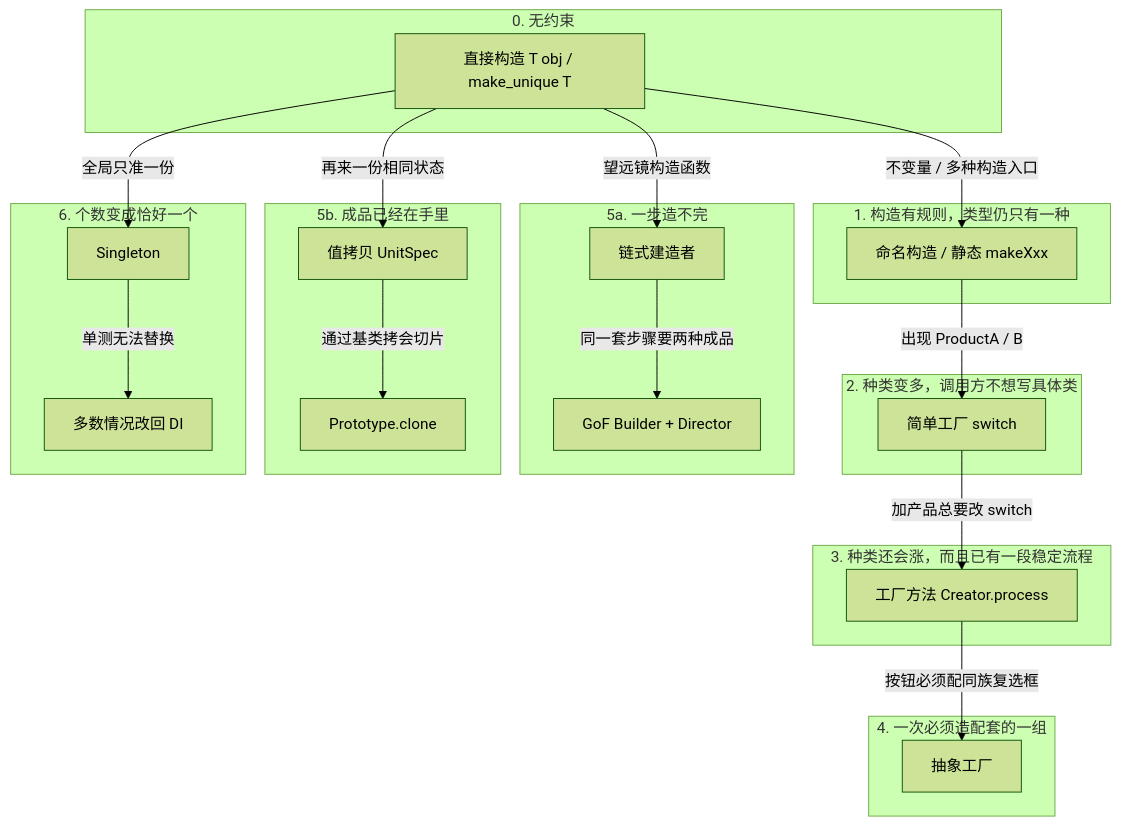
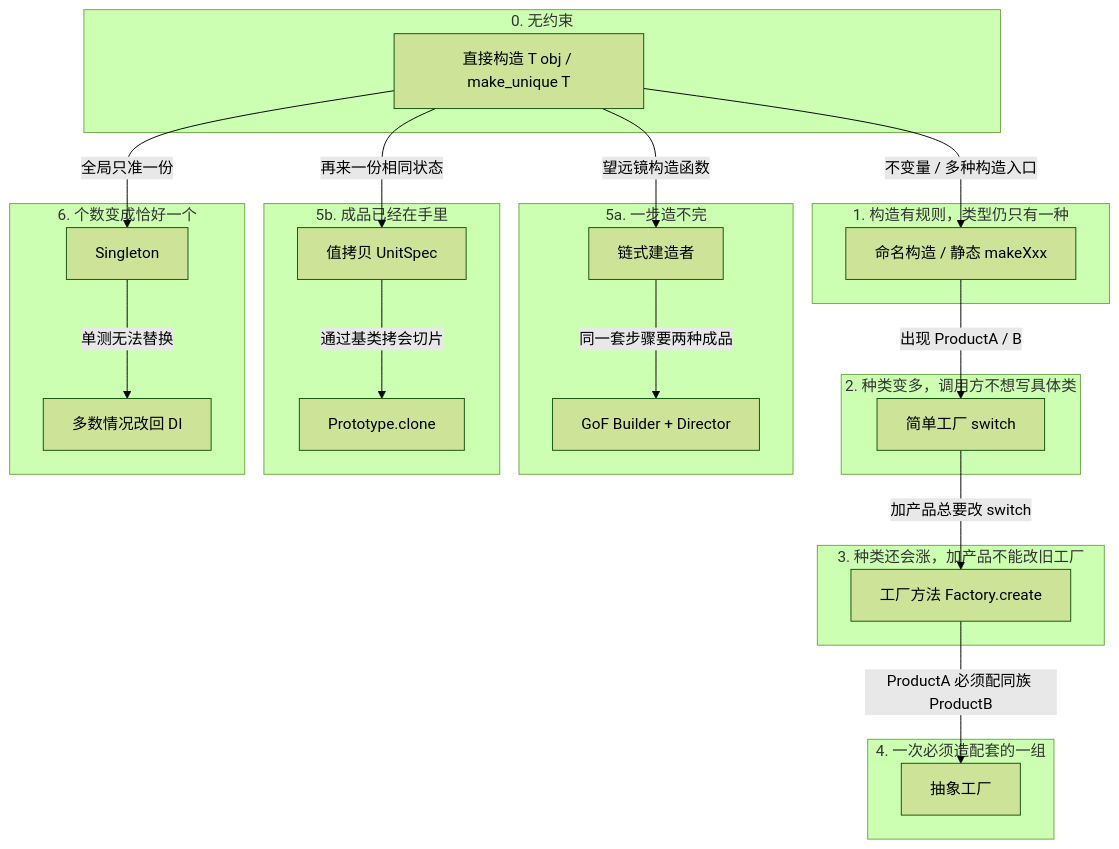
One commit to zackdlut/design_pattern changed the tenth of 12 diagrams in docs/creational/creational_pattern.md. Above: the diagram before and after it, drawn with Mermaid (forest theme). The commit also changed other lines of this file and 12 other files, not shown here.

````diff
--- a/docs/creational/creational_pattern.md
+++ b/docs/creational/creational_pattern.md
@@ -382,48 +381,48 @@
 ```mermaid
 flowchart TB
   subgraph L0["0. 无约束"]
     D[直接构造 T obj / make_unique T]
   end
 
   subgraph L1["1. 构造有规则，类型仍只有一种"]
     NC[命名构造 / 静态 makeXxx]
   end
 
   subgraph L2["2. 种类变多，调用方不想写具体类"]
     SF[简单工厂 switch]
   end
 
-  subgraph L3["3. 种类还会涨，而且已有一段稳定流程"]
-    FM[工厂方法 Creator.process]
+  subgraph L3["3. 种类还会涨，加产品不能改旧工厂"]
+    FM[工厂方法 Factory.create]
   end
 
   subgraph L4["4. 一次必须造配套的一组"]
     AF[抽象工厂]
   end
 
   subgraph L5a["5a. 一步造不完"]
     FL[链式建造者]
     BD[GoF Builder + Director]
   end
 
   subgraph L5b["5b. 成品已经在手里"]
     VC[值拷贝 UnitSpec]
     PR[Prototype.clone]
   end
 
   subgraph L6["6. 个数变成恰好一个"]
     SI[Singleton]
     DI[多数情况改回 DI]
   end
 
   D -->|不变量 / 多种构造入口| NC
   NC -->|出现 ProductA / B| SF
   SF -->|加产品总要改 switch| FM
-  FM -->|按钮必须配同族复选框| AF
+  FM -->|ProductA 必须配同族 ProductB| AF
   D -->|望远镜构造函数| FL
   FL -->|同一套步骤要两种成品| BD
   D -->|再来一份相同状态| VC
   VC -->|通过基类拷会切片| PR
   D -->|全局只准一份| SI
   SI -->|单测无法替换| DI
 ```
````
